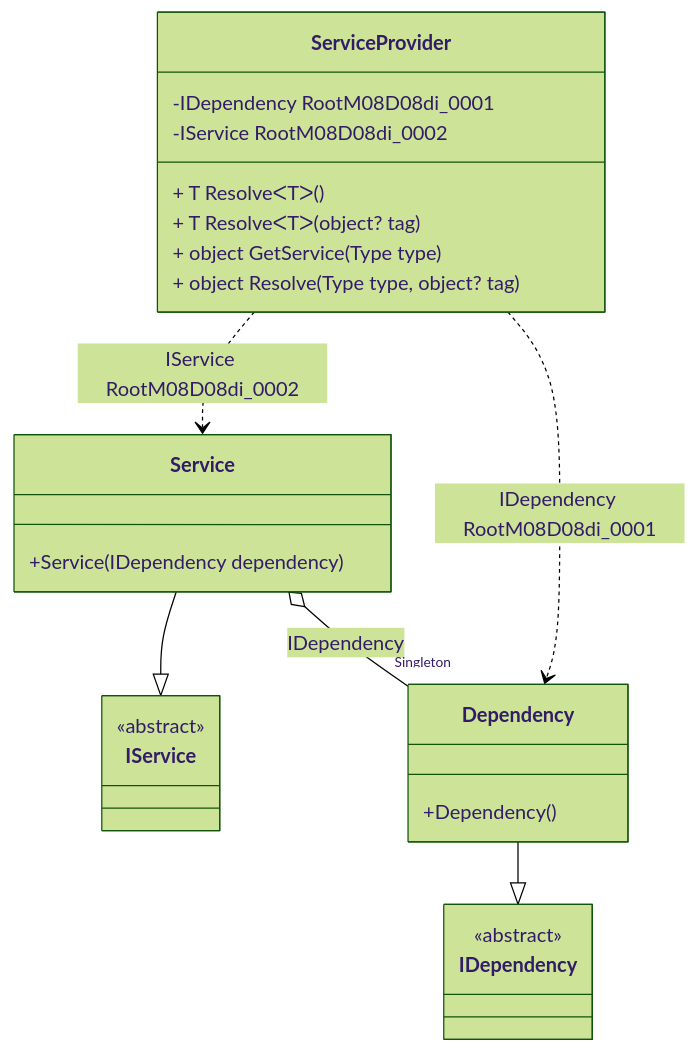
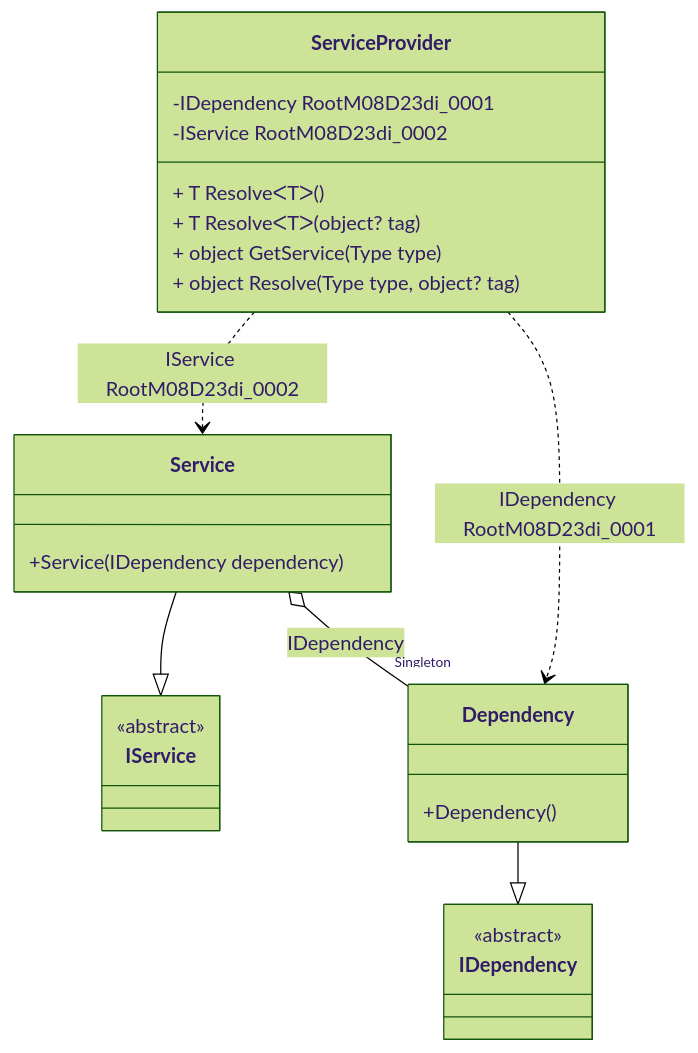
One commit to DevTeam/Pure.DI changed the diagram in readme/service-provider.md. Above: the diagram before and after it, drawn with Mermaid (forest theme). The commit also changed other lines of this file and 63 other files, not shown here.

````diff
--- a/readme/service-provider.md
+++ b/readme/service-provider.md
@@ -50,28 +50,28 @@
 ```mermaid
 classDiagram
   class ServiceProvider {
-    -IDependency RootM08D08di_0001
-    -IService RootM08D08di_0002
+    -IDependency RootM08D23di_0001
+    -IService RootM08D23di_0002
     + T ResolveᐸTᐳ()
     + T ResolveᐸTᐳ(object? tag)
     + object GetService(Type type)
     + object Resolve(Type type, object? tag)
   }
   Service --|> IService : 
   class Service {
     +Service(IDependency dependency)
   }
   Dependency --|> IDependency : 
   class Dependency {
     +Dependency()
   }
   class IService {
     <<abstract>>
   }
   class IDependency {
     <<abstract>>
   }
   Service o--  "Singleton" Dependency : IDependency
-  ServiceProvider ..> Dependency : IDependency RootM08D08di_0001
-  ServiceProvider ..> Service : IService RootM08D08di_0002
+  ServiceProvider ..> Dependency : IDependency RootM08D23di_0001
+  ServiceProvider ..> Service : IService RootM08D23di_0002
 ```
````
